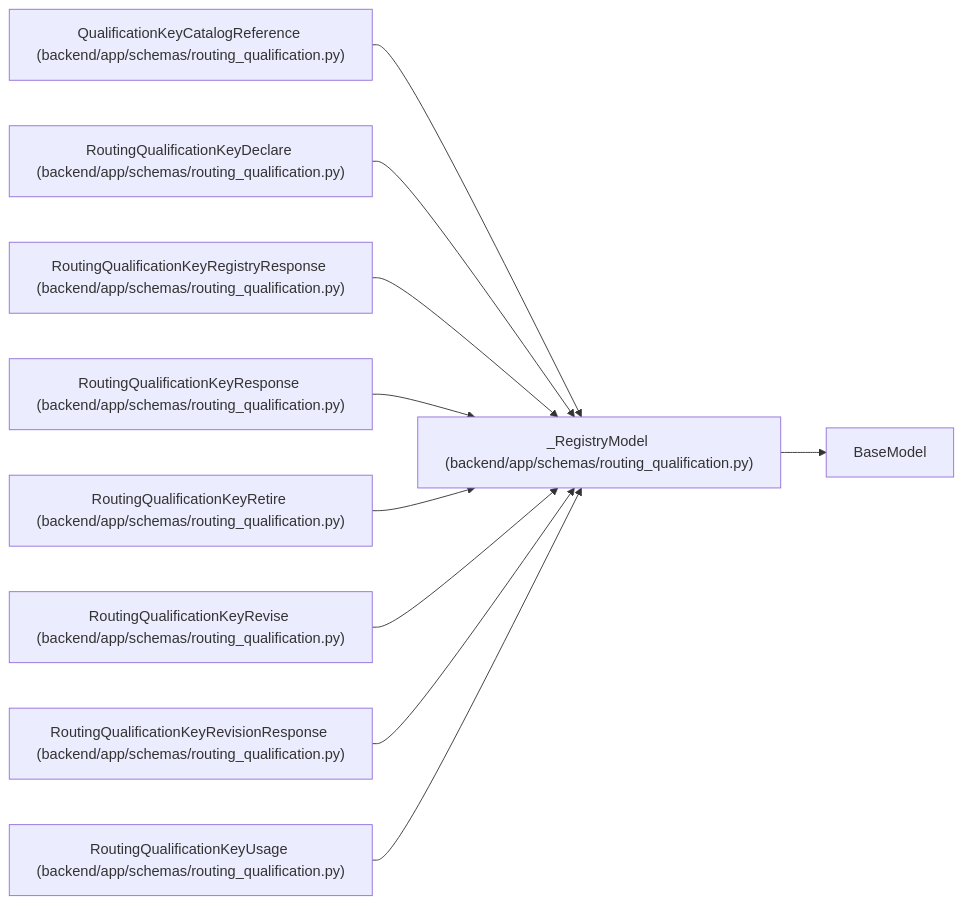
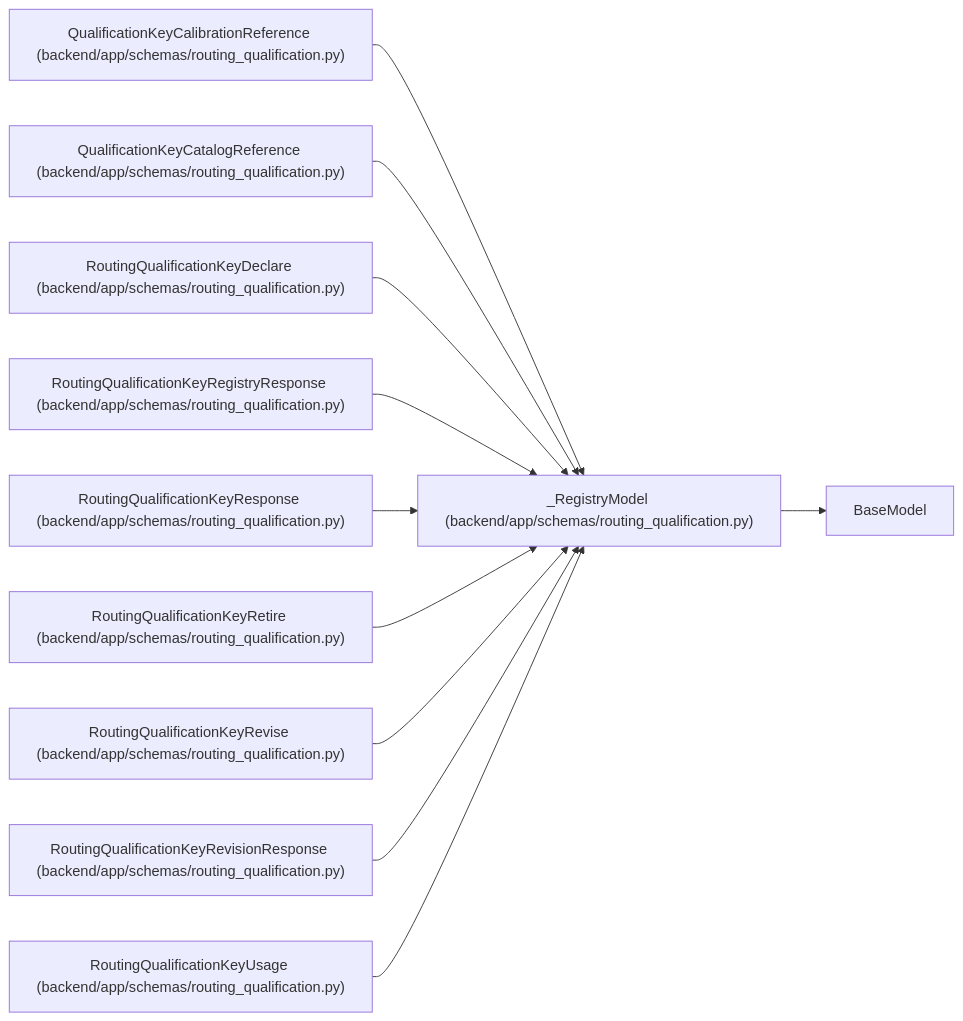
One commit to Denissvgn/WorkChord changed the diagram in docs/llm_wiki/entities/RegistryModel.md. Above: the diagram before and after it, drawn with Mermaid. The commit also changed other lines of this file and 836 other files, not shown here.

Commit message:
Sync the architectural wiki for the calibration contract

````diff
--- a/docs/llm_wiki/entities/RegistryModel.md
+++ b/docs/llm_wiki/entities/RegistryModel.md
@@ -30,31 +30,34 @@
 ```mermaid
 flowchart LR
     n0["_RegistryModel (backend/app/schemas/routing_qualification.py)"]
     n1["BaseModel"]
-    n2["QualificationKeyCatalogReference (backend/app/schemas/routing_qualification.py)"]
-    n3["RoutingQualificationKeyDeclare (backend/app/schemas/routing_qualification.py)"]
-    n4["RoutingQualificationKeyRegistryResponse (backend/app/schemas/routing_qualification.py)"]
-    n5["RoutingQualificationKeyResponse (backend/app/schemas/routing_qualification.py)"]
-    n6["RoutingQualificationKeyRetire (backend/app/schemas/routing_qualification.py)"]
-    n7["RoutingQualificationKeyRevise (backend/app/schemas/routing_qualification.py)"]
-    n8["RoutingQualificationKeyRevisionResponse (backend/app/schemas/routing_qualification.py)"]
-    n9["RoutingQualificationKeyUsage (backend/app/schemas/routing_qualification.py)"]
+    n2["QualificationKeyCalibrationReference (backend/app/schemas/routing_qualification.py)"]
+    n3["QualificationKeyCatalogReference (backend/app/schemas/routing_qualification.py)"]
+    n4["RoutingQualificationKeyDeclare (backend/app/schemas/routing_qualification.py)"]
+    n5["RoutingQualificationKeyRegistryResponse (backend/app/schemas/routing_qualification.py)"]
+    n6["RoutingQualificationKeyResponse (backend/app/schemas/routing_qualification.py)"]
+    n7["RoutingQualificationKeyRetire (backend/app/schemas/routing_qualification.py)"]
+    n8["RoutingQualificationKeyRevise (backend/app/schemas/routing_qualification.py)"]
+    n9["RoutingQualificationKeyRevisionResponse (backend/app/schemas/routing_qualification.py)"]
+    n10["RoutingQualificationKeyUsage (backend/app/schemas/routing_qualification.py)"]
     n0 --> n1
     n2 --> n0
     n3 --> n0
     n4 --> n0
     n5 --> n0
     n6 --> n0
     n7 --> n0
     n8 --> n0
     n9 --> n0
+    n10 --> n0
     click n0 "../modules/schemas_routing_qualification.md"
     click n2 "../modules/schemas_routing_qualification.md"
     click n3 "../modules/schemas_routing_qualification.md"
     click n4 "../modules/schemas_routing_qualification.md"
     click n5 "../modules/schemas_routing_qualification.md"
     click n6 "../modules/schemas_routing_qualification.md"
     click n7 "../modules/schemas_routing_qualification.md"
     click n8 "../modules/schemas_routing_qualification.md"
     click n9 "../modules/schemas_routing_qualification.md"
+    click n10 "../modules/schemas_routing_qualification.md"
 ```
````
